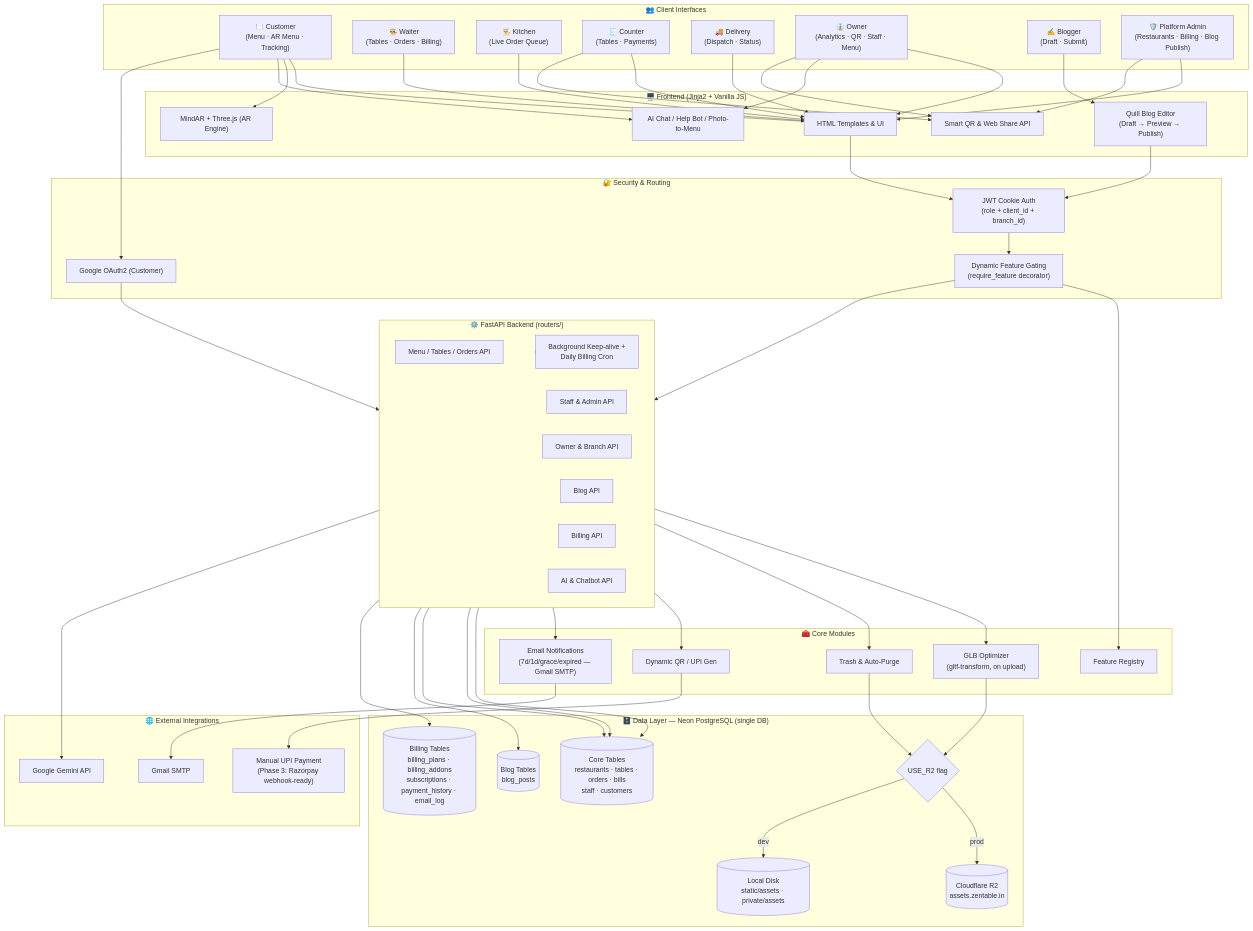
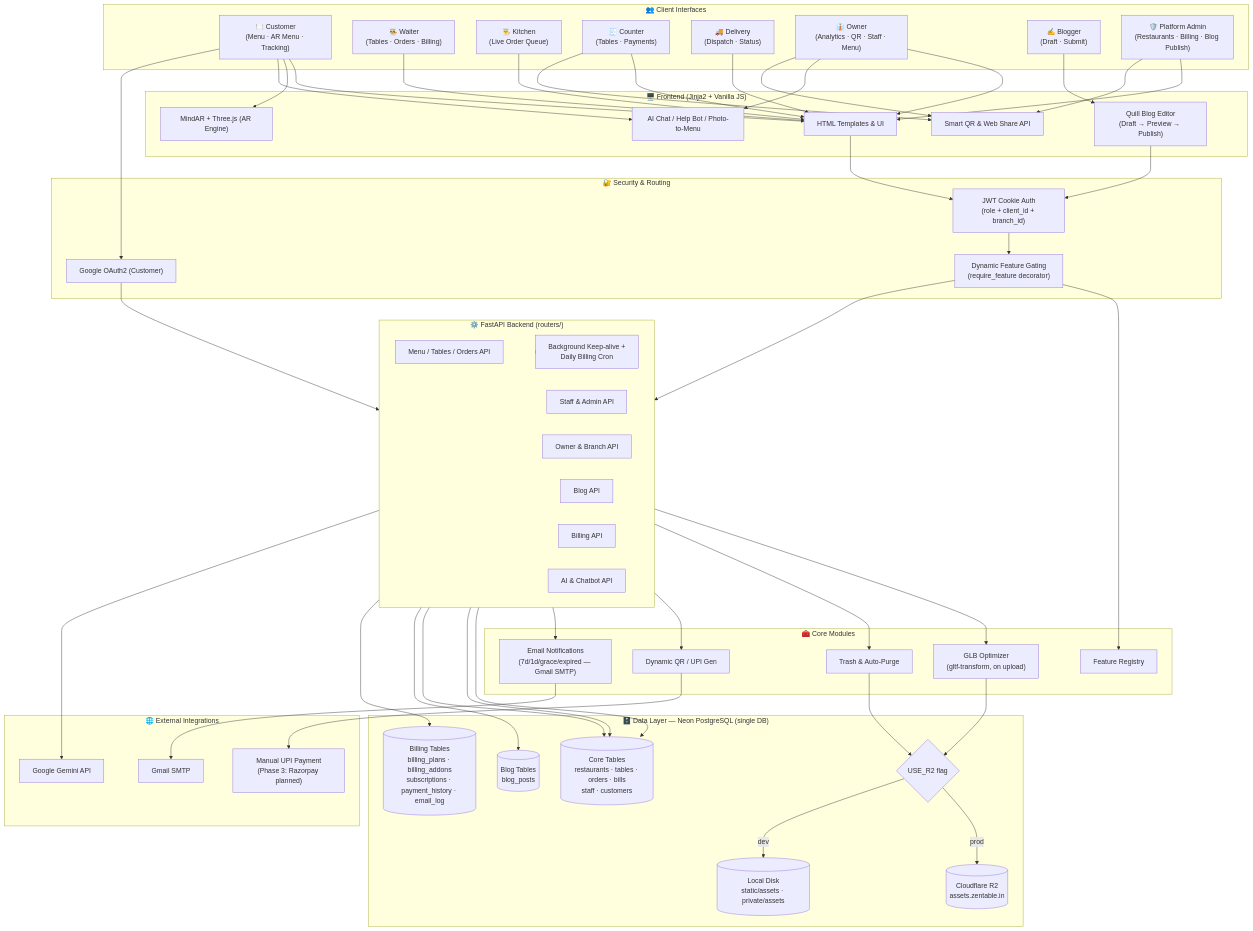
Before and after one commit to mohitjangid-iitd/ZenTable: the diagram in README.md, drawn with Mermaid. The commit also changed other lines of this file, not shown here.

```diff
--- a/README.md
+++ b/README.md
@@ -140,7 +140,7 @@
 
     subgraph External ["🌐 External Integrations"]
         gemini["Google Gemini API"]
-        upi["Manual UPI Payment<br/>(Phase 3: Razorpay webhook-ready)"]
+        upi["Manual UPI Payment<br/>(Phase 3: Razorpay planned)"]
         smtp["Gmail SMTP"]
     end
 
```
